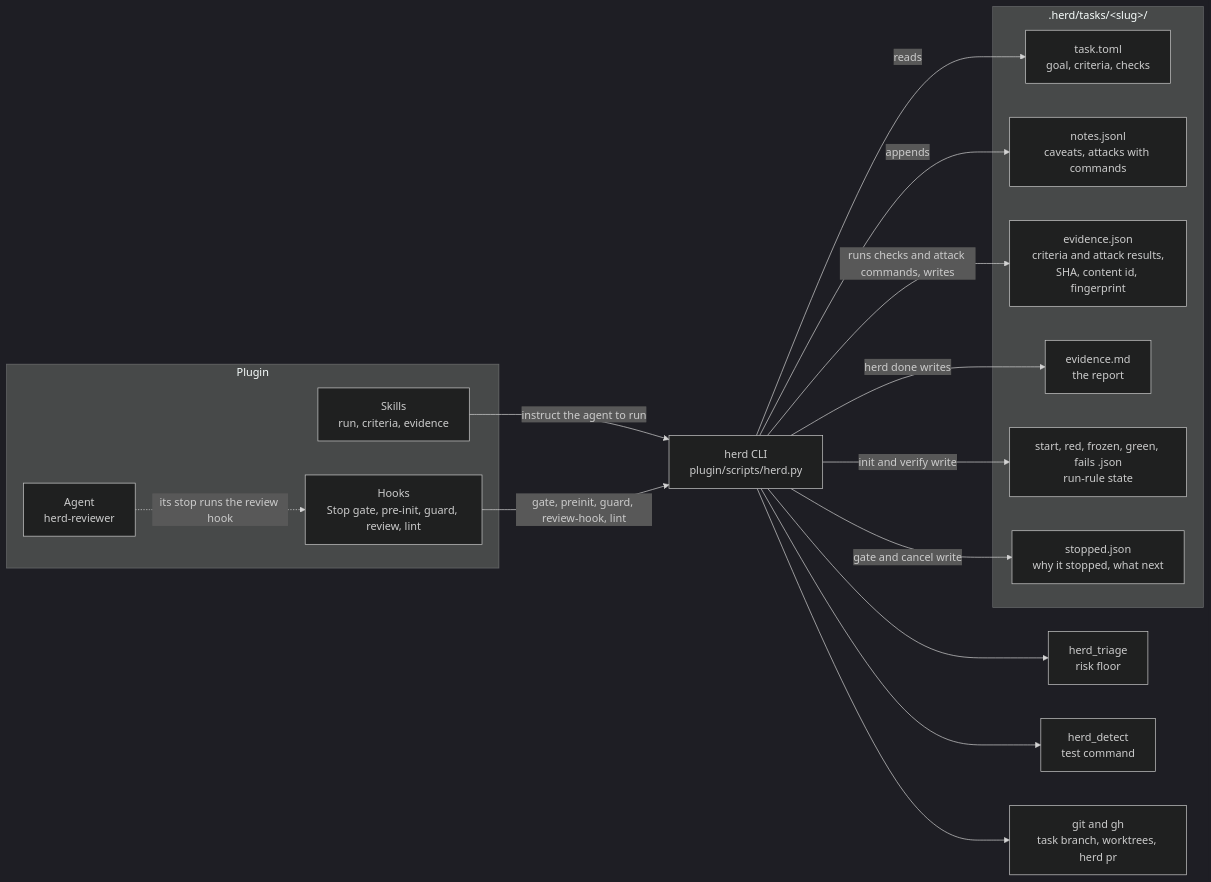
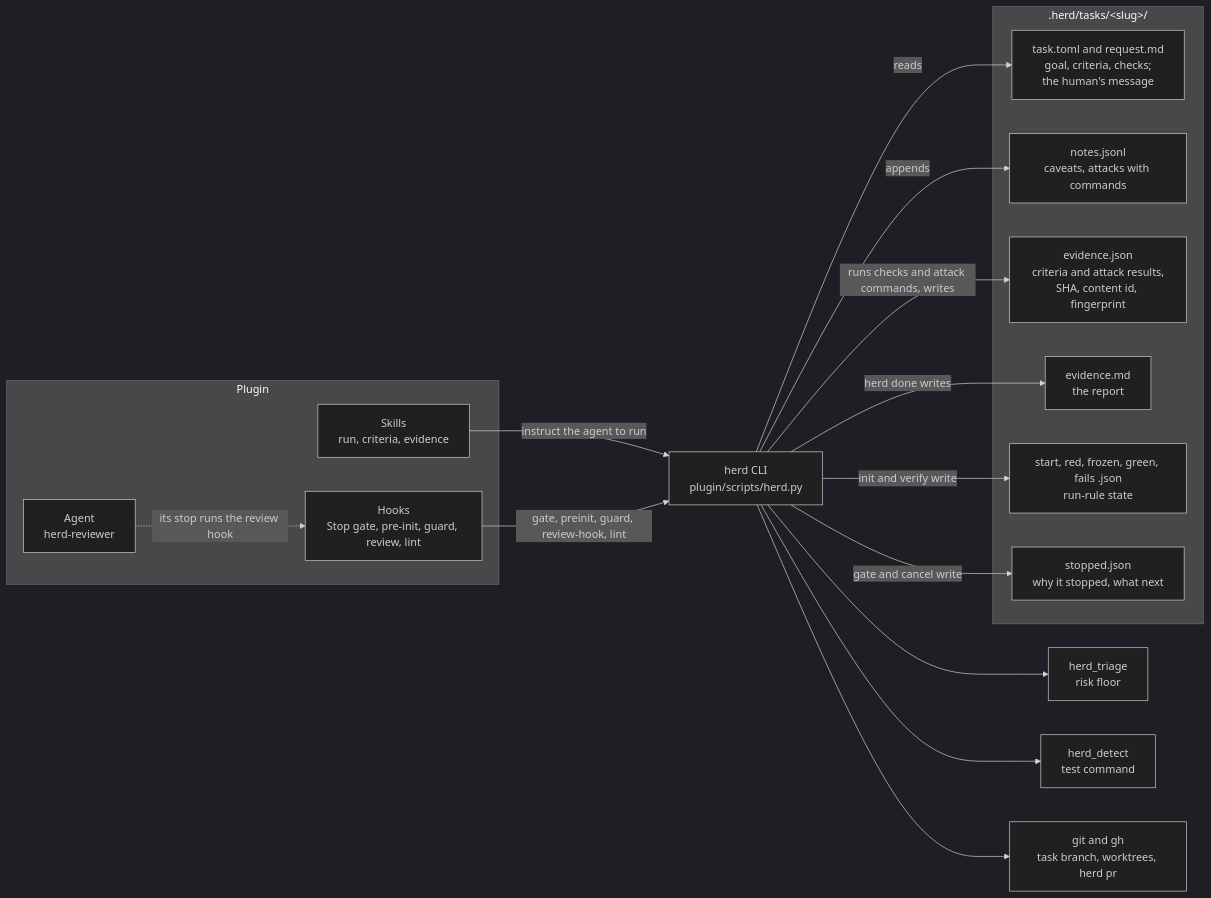
One commit to Beovulfo/herd-sdlc changed the second of 2 diagrams in README.md. Above: the diagram before and after it, drawn with Mermaid (dark theme). The commit also changed other lines of this file and 9 other files, not shown here.

````diff
--- a/README.md
+++ b/README.md
@@ -139,32 +139,32 @@
 ```mermaid
 flowchart LR
     subgraph Plugin
         S["Skills<br/>run, criteria, evidence"]
         H["Hooks<br/>Stop gate, pre-init, guard, review, lint"]
         A["Agent<br/>herd-reviewer"]
     end
     CLI["herd CLI<br/>plugin/scripts/herd.py"]
     T["herd_triage<br/>risk floor"]
     D["herd_detect<br/>test command"]
     G["git and gh<br/>task branch, worktrees, herd pr"]
     subgraph State[".herd/tasks/&lt;slug&gt;/"]
-        TT["task.toml<br/>goal, criteria, checks"]
+        TT["task.toml and request.md<br/>goal, criteria, checks;<br/>the human's message"]
         NO["notes.jsonl<br/>caveats, attacks with commands"]
         EV["evidence.json<br/>criteria and attack results,<br/>SHA, content id, fingerprint"]
         RP["evidence.md<br/>the report"]
         RR["start, red, frozen, green, fails .json<br/>run-rule state"]
         SR["stopped.json<br/>why it stopped, what next"]
     end
     S -->|instruct the agent to run| CLI
     H -->|gate, preinit, guard, review-hook, lint| CLI
     A -.->|its stop runs the review hook| H
     CLI --> T
     CLI --> D
     CLI --> G
     CLI -->|reads| TT
     CLI -->|appends| NO
     CLI -->|runs checks and attack commands, writes| EV
     CLI -->|herd done writes| RP
     CLI -->|init and verify write| RR
     CLI -->|gate and cancel write| SR
 ```
````
